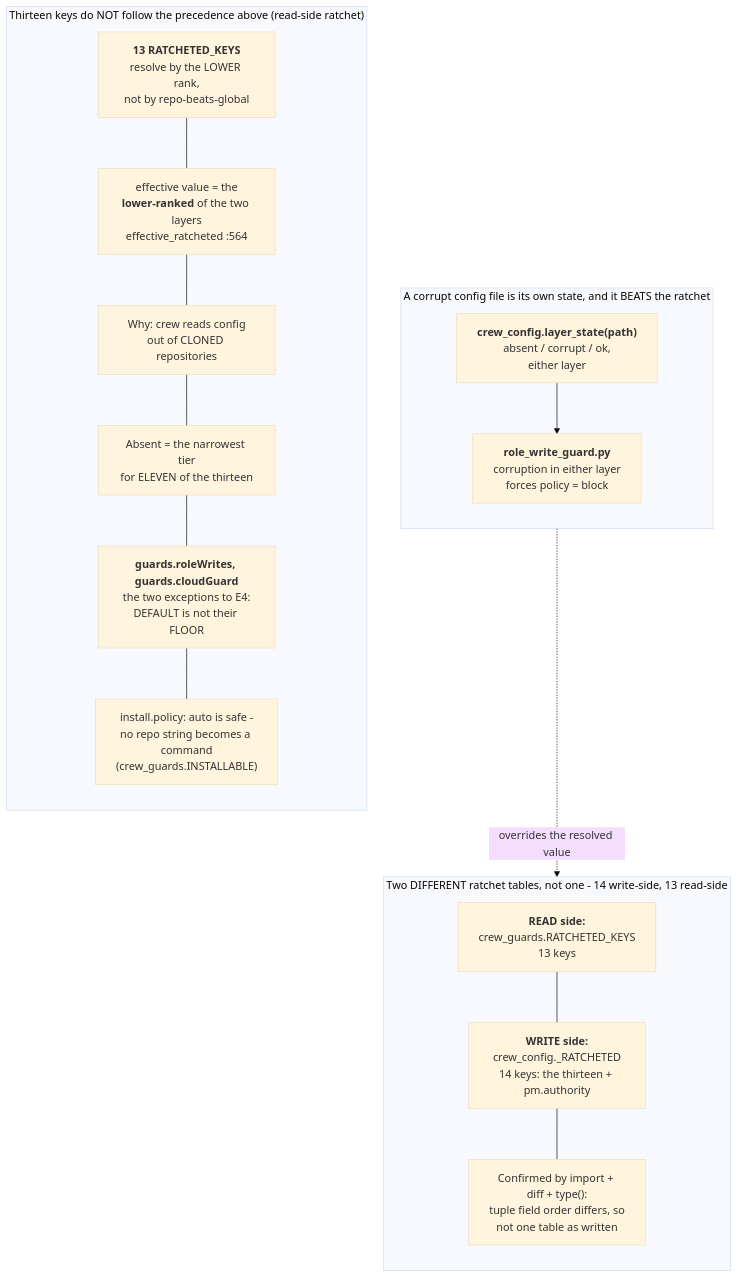
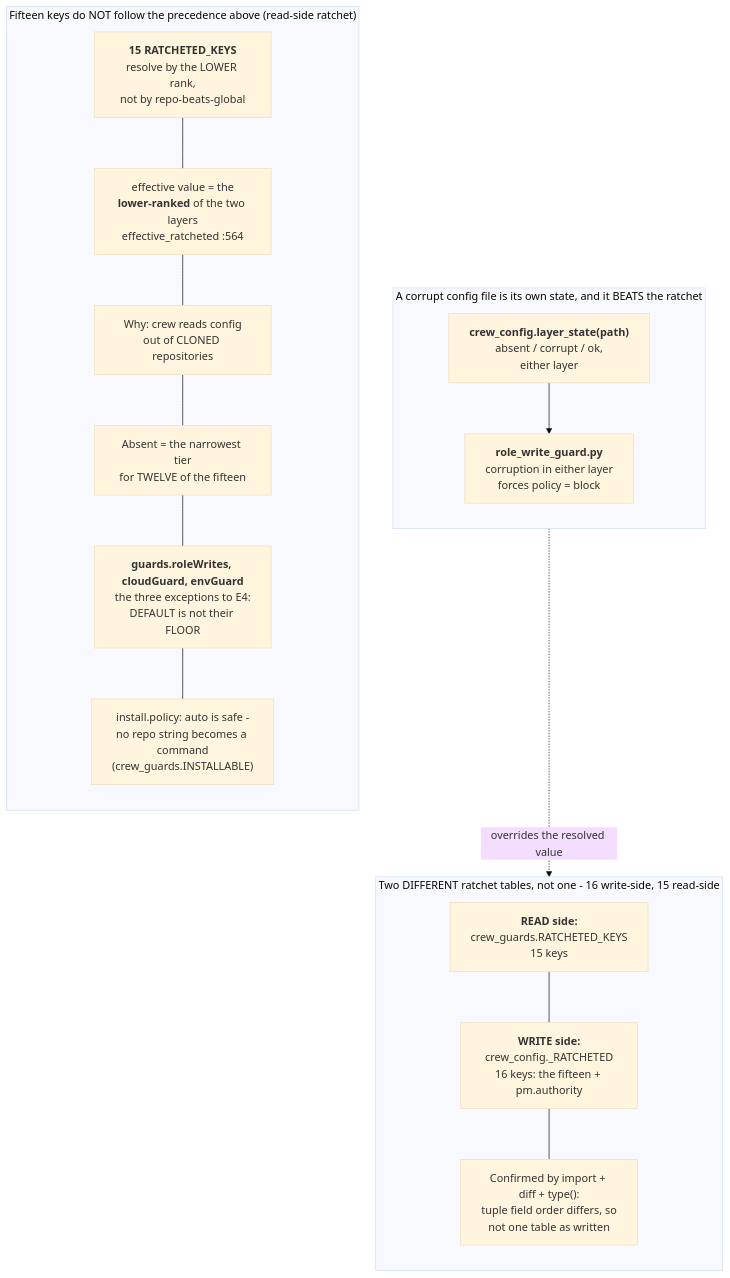
Before and after one commit to mbadali25/useful-claude-add-ons: the fifth of 37 diagrams in docs/diagrams/README.md, drawn with Mermaid (base theme). The commit also changed other lines of this file and 5 other files, not shown here.

First line of the commit message:
L-0772: the python fallback reads the resolved repo layer; pylint R0916; diagrams

````diff
--- a/docs/diagrams/README.md
+++ b/docs/diagrams/README.md
@@ -229,28 +240,28 @@
 ```mermaid
 flowchart TB
 
-    subgraph Ratchet["Two DIFFERENT ratchet tables, not one - 14 write-side, 13 read-side"]
+    subgraph Ratchet["Two DIFFERENT ratchet tables, not one - 16 write-side, 15 read-side"]
         direction TB
-        RG["<b>READ side:</b><br/>crew_guards.RATCHETED_KEYS<br/>13 keys"]
-        RC["<b>WRITE side:</b><br/>crew_config._RATCHETED<br/>14 keys: the thirteen + pm.authority"]
+        RG["<b>READ side:</b><br/>crew_guards.RATCHETED_KEYS<br/>15 keys"]
+        RC["<b>WRITE side:</b><br/>crew_config._RATCHETED<br/>16 keys: the fifteen + pm.authority"]
         RSHAPE["Confirmed by import + diff + type():<br/>tuple field order differs, so<br/>not one table as written"]
         RG --- RC --- RSHAPE
     end
     subgraph Corrupt["A corrupt config file is its own state, and it BEATS the ratchet"]
         direction TB
         LS["<b>crew_config.layer_state(path)</b><br/>absent / corrupt / ok,<br/>either layer"]
         FORCE["<b>role_write_guard.py</b><br/>corruption in either layer<br/>forces policy = block"]
         LS --> FORCE
     end
     FORCE -.->|"overrides the resolved value"| Ratchet
-    subgraph Except["Thirteen keys do NOT follow the precedence above (read-side ratchet)"]
+    subgraph Except["Fifteen keys do NOT follow the precedence above (read-side ratchet)"]
         direction TB
-        E1["<b>13 RATCHETED_KEYS</b><br/>resolve by the LOWER rank,<br/>not by repo-beats-global"]
+        E1["<b>15 RATCHETED_KEYS</b><br/>resolve by the LOWER rank,<br/>not by repo-beats-global"]
         E2["effective value = the<br/><b>lower-ranked</b> of the two layers<br/>effective_ratcheted :564"]
         E3["Why: crew reads config<br/>out of CLONED repositories"]
-        E4["Absent = the narrowest tier<br/>for ELEVEN of the thirteen"]
-        E5["<b>guards.roleWrites, guards.cloudGuard</b><br/>the two exceptions to E4:<br/>DEFAULT is not their FLOOR"]
+        E4["Absent = the narrowest tier<br/>for TWELVE of the fifteen"]
+        E5["<b>guards.roleWrites, cloudGuard, envGuard</b><br/>the three exceptions to E4:<br/>DEFAULT is not their FLOOR"]
         E6["install.policy: auto is safe -<br/>no repo string becomes a command<br/>(crew_guards.INSTALLABLE)"]
         E1 --- E2 --- E3 --- E4 --- E5 --- E6
     end
 ```
````
